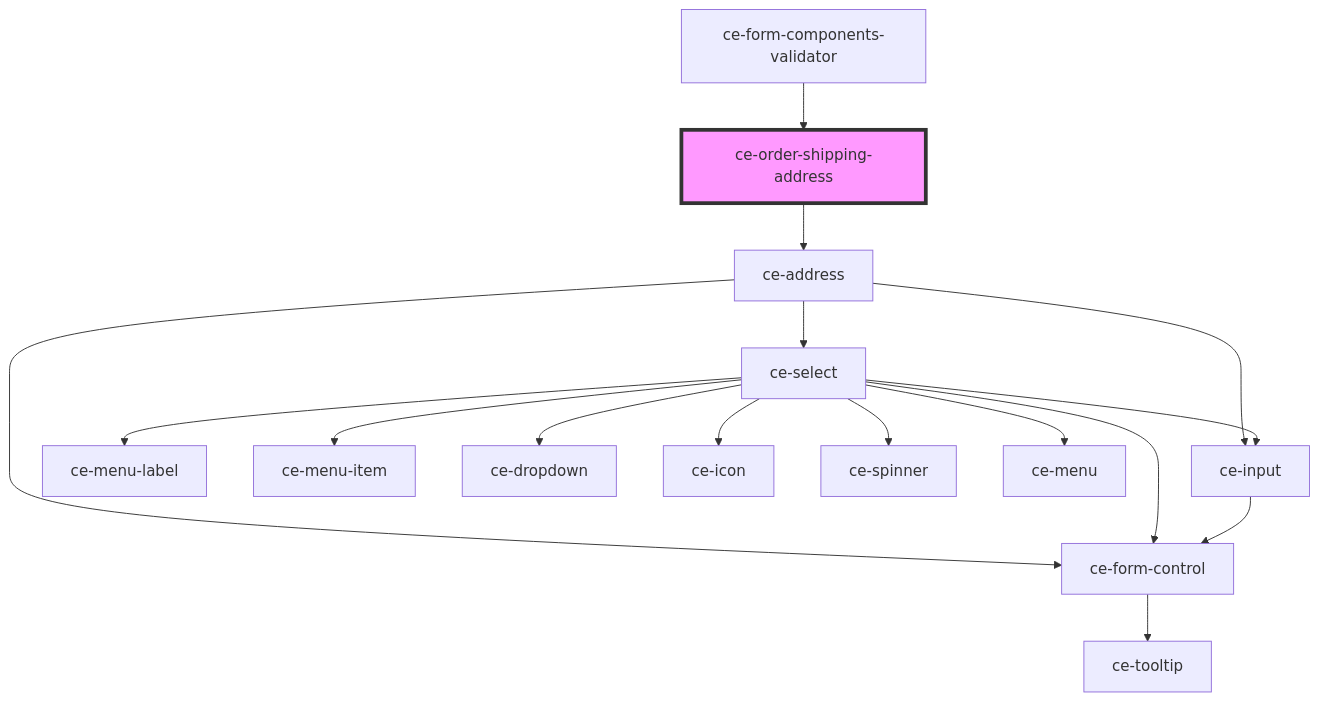
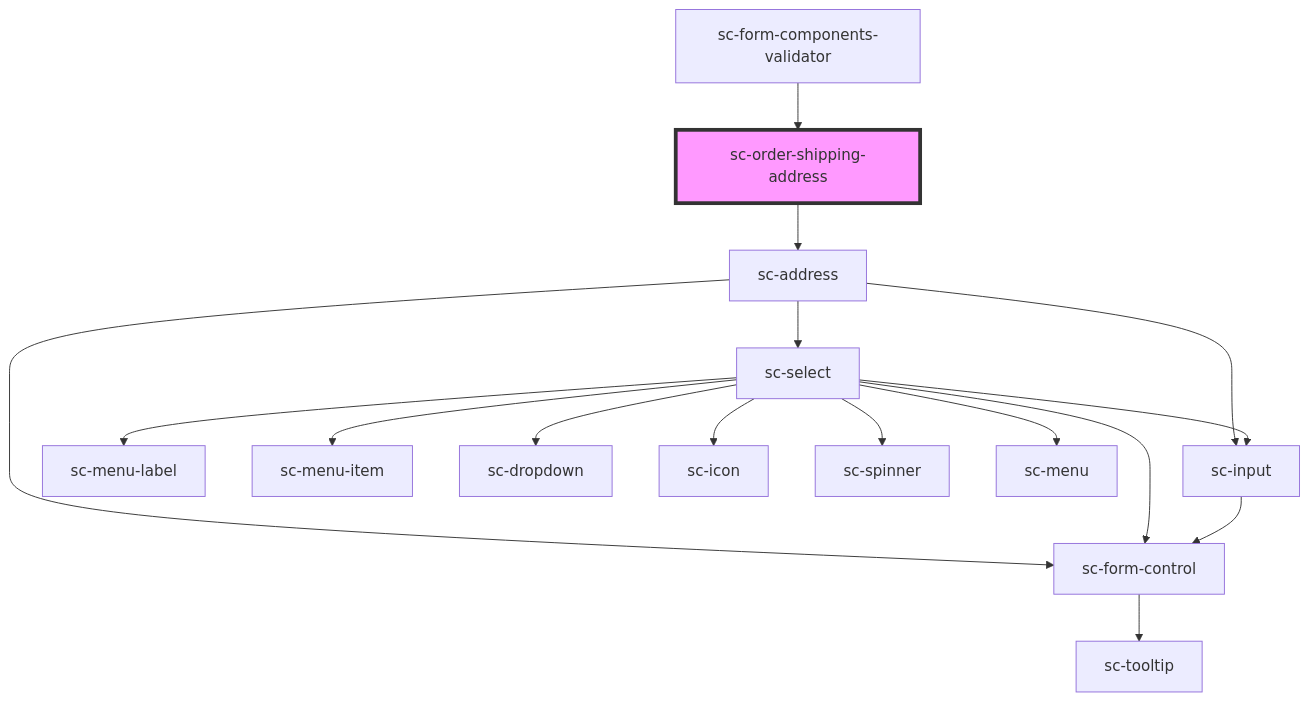
The diagram in packages/components/src/components/controllers/checkout-form/order-shipping-address/readme.md (surecart/surecart-wp-plugin), drawn with Mermaid before and after one commit. The commit also changed other lines of this file and 1281 other files, not shown here.

````diff
--- a/packages/components/src/components/controllers/checkout-form/order-shipping-address/readme.md
+++ b/packages/components/src/components/controllers/checkout-form/order-shipping-address/readme.md
@@ -38,19 +38,19 @@
 ```mermaid
 graph TD;
-  ce-order-shipping-address --> ce-address
-  ce-address --> ce-form-control
-  ce-address --> ce-select
-  ce-address --> ce-input
-  ce-form-control --> ce-tooltip
-  ce-select --> ce-menu-label
-  ce-select --> ce-menu-item
-  ce-select --> ce-form-control
-  ce-select --> ce-dropdown
-  ce-select --> ce-icon
-  ce-select --> ce-input
-  ce-select --> ce-spinner
-  ce-select --> ce-menu
-  ce-input --> ce-form-control
-  ce-form-components-validator --> ce-order-shipping-address
-  style ce-order-shipping-address fill:#f9f,stroke:#333,stroke-width:4px
+  sc-order-shipping-address --> sc-address
+  sc-address --> sc-form-control
+  sc-address --> sc-select
+  sc-address --> sc-input
+  sc-form-control --> sc-tooltip
+  sc-select --> sc-menu-label
+  sc-select --> sc-menu-item
+  sc-select --> sc-form-control
+  sc-select --> sc-dropdown
+  sc-select --> sc-icon
+  sc-select --> sc-input
+  sc-select --> sc-spinner
+  sc-select --> sc-menu
+  sc-input --> sc-form-control
+  sc-form-components-validator --> sc-order-shipping-address
+  style sc-order-shipping-address fill:#f9f,stroke:#333,stroke-width:4px
 ```
````
